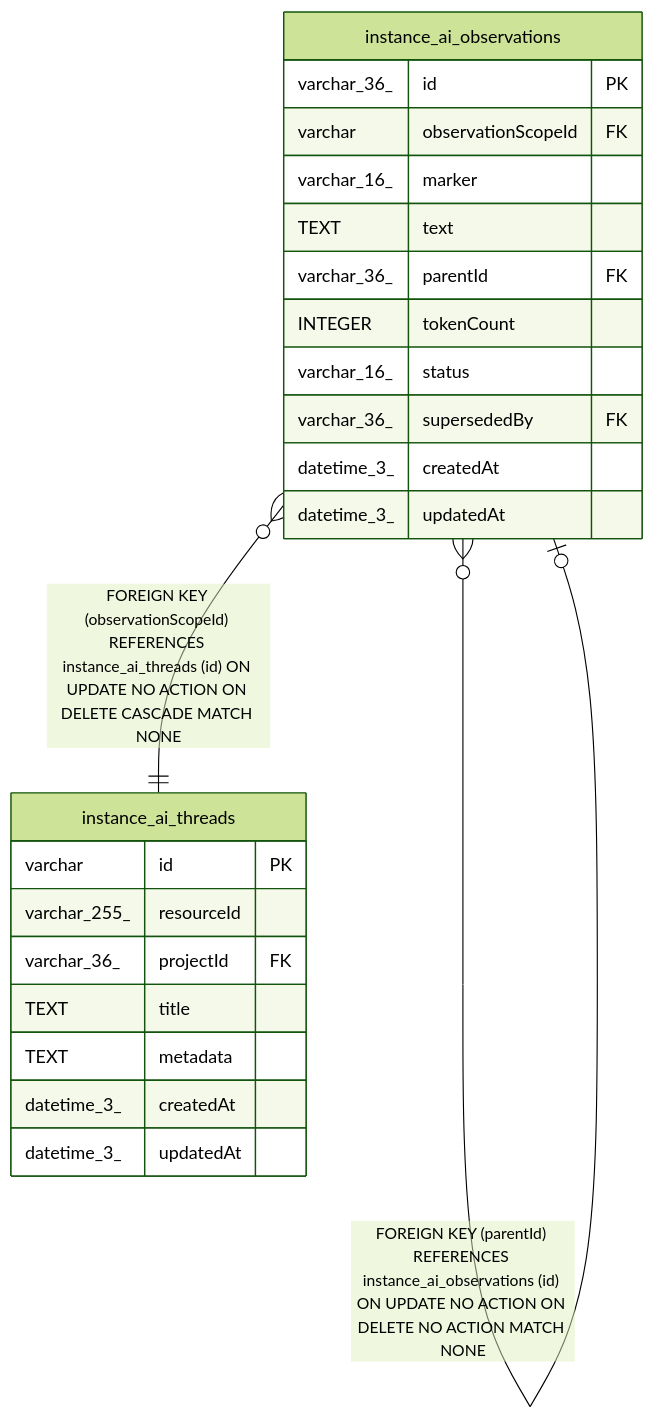
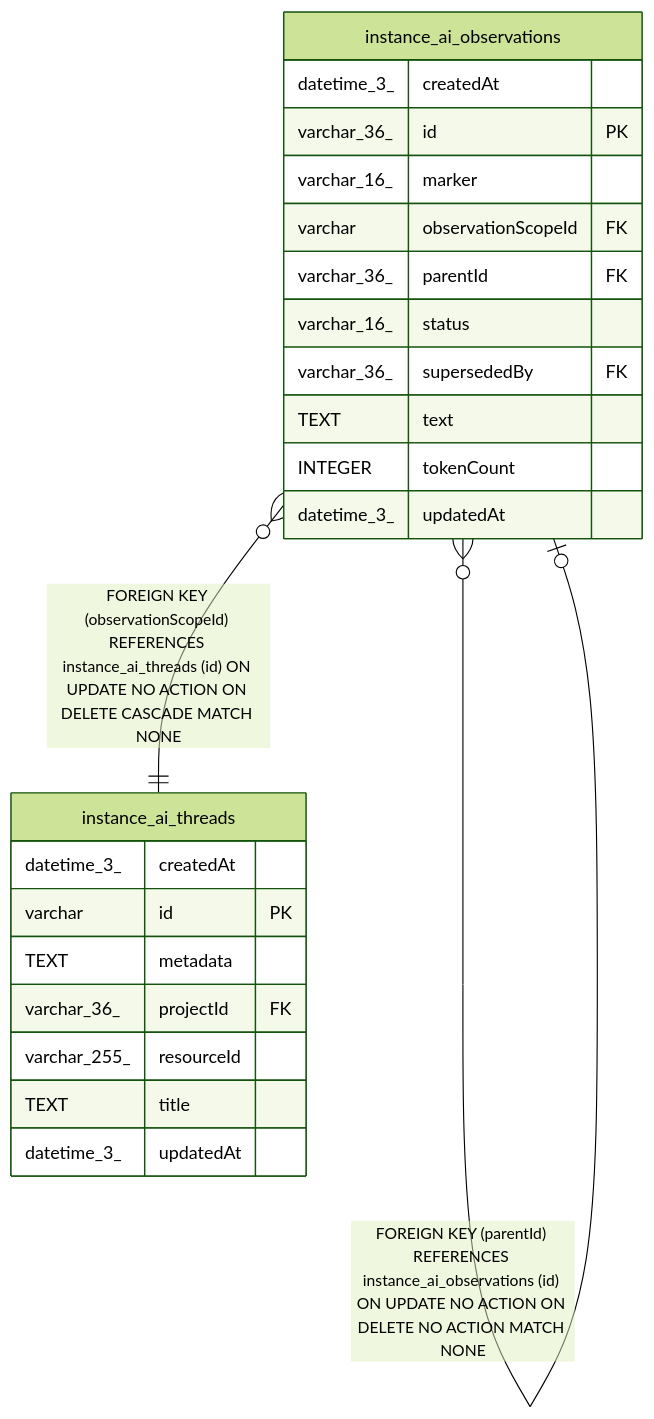
Before and after one commit to mayankjain1815-commits/n8n: the diagram in docs/generated/sqlite-schema/instance_ai_observations.md, drawn with Mermaid (forest theme). The commit also changed other lines of this file and 221 other files, not shown here.

Commit message:
chore(core): Make DB schema docs generation deterministic (#32373)

````diff
--- a/docs/generated/sqlite-schema/instance_ai_observations.md
+++ b/docs/generated/sqlite-schema/instance_ai_observations.md
@@ -52,29 +52,29 @@
 ```mermaid
 erDiagram
 
 "instance_ai_observations" }o--o| "instance_ai_observations" : "FOREIGN KEY (supersededBy) REFERENCES instance_ai_observations (id) ON UPDATE NO ACTION ON DELETE NO ACTION MATCH NONE"
 "instance_ai_observations" }o--o| "instance_ai_observations" : "FOREIGN KEY (parentId) REFERENCES instance_ai_observations (id) ON UPDATE NO ACTION ON DELETE NO ACTION MATCH NONE"
 "instance_ai_observations" }o--|| "instance_ai_threads" : "FOREIGN KEY (observationScopeId) REFERENCES instance_ai_threads (id) ON UPDATE NO ACTION ON DELETE CASCADE MATCH NONE"
 
 "instance_ai_observations" {
+  datetime_3_ createdAt
   varchar_36_ id PK
+  varchar_16_ marker
   varchar observationScopeId FK
-  varchar_16_ marker
-  TEXT text
   varchar_36_ parentId FK
-  INTEGER tokenCount
   varchar_16_ status
   varchar_36_ supersededBy FK
-  datetime_3_ createdAt
+  TEXT text
+  INTEGER tokenCount
   datetime_3_ updatedAt
 }
 "instance_ai_threads" {
+  datetime_3_ createdAt
   varchar id PK
+  TEXT metadata
+  varchar_36_ projectId FK
   varchar_255_ resourceId
-  varchar_36_ projectId FK
   TEXT title
-  TEXT metadata
-  datetime_3_ createdAt
   datetime_3_ updatedAt
 }
 ```
````
